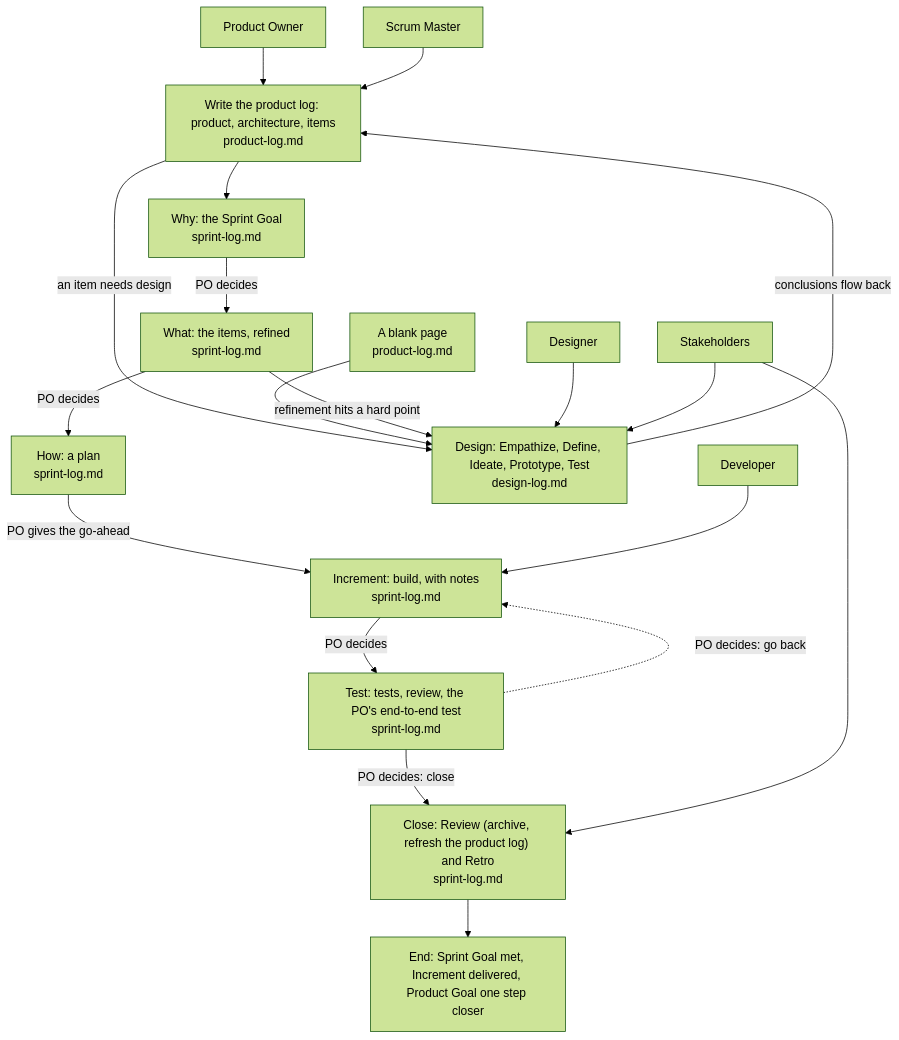
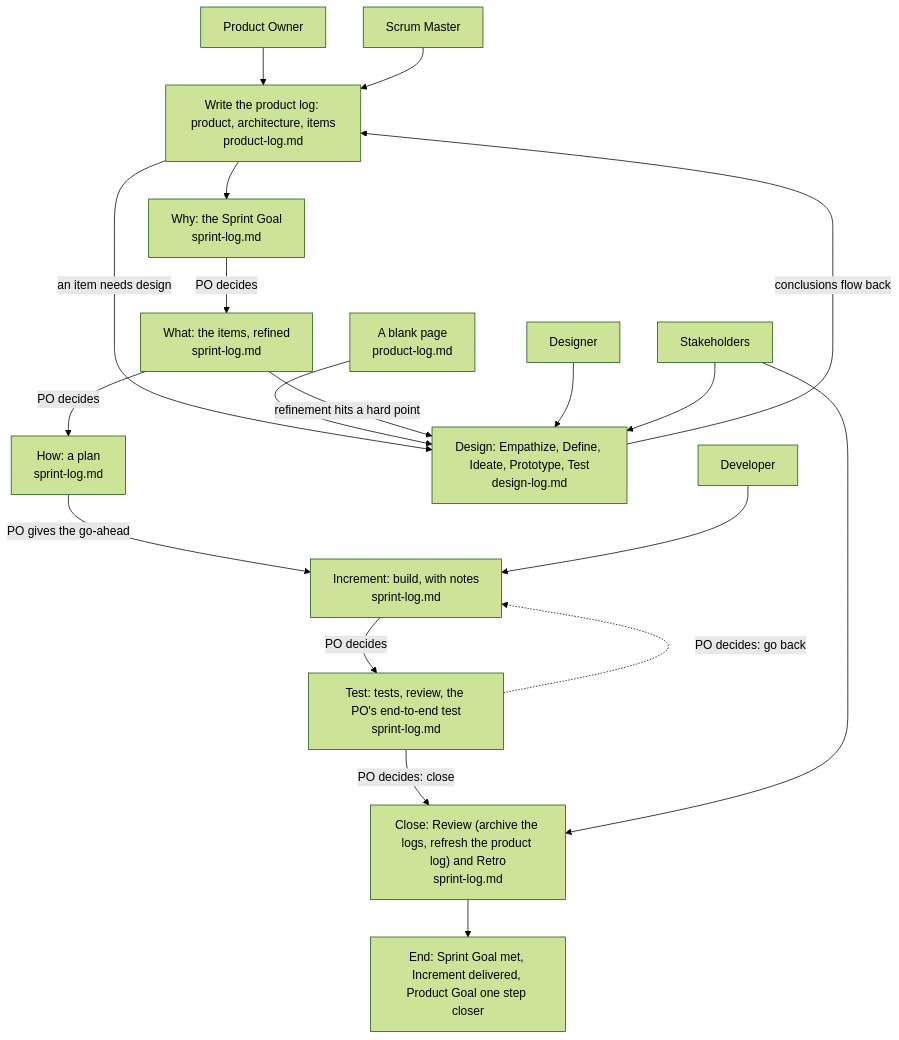
Before and after one commit to seapawn1/IDEO-Scrum: the diagram in plugins/ideo-scrum/skills/scrum-kernel/overview.md, drawn with Mermaid (forest theme). The commit also changed other lines of this file and 4 other files, not shown here.

First line of the commit message:
fix(PBI-49): 照 PO 的两点改设计这块——设计不做 Review 和 Retro（19 删，18 改成 When the design ends，设计日志由它服务的冲刺在 Review 时归档、教训进那个冲刺的 Retro），贯穿全程加 IDEO in every stage

````diff
--- a/plugins/ideo-scrum/skills/scrum-kernel/overview.md
+++ b/plugins/ideo-scrum/skills/scrum-kernel/overview.md
@@ -14,26 +14,26 @@
 ```mermaid
 flowchart TD
     PO["Product Owner"]
     SM["Scrum Master"]
     DEV["Developer"]
     DES["Designer"]
     SH["Stakeholders"]
     PO --> A["Write the product log: product, architecture, items<br/>product-log.md"]
     SM --> A
     A -- "an item needs design" --> X["Design: Empathize, Define, Ideate, Prototype, Test<br/>design-log.md"]
     BP["A blank page<br/>product-log.md"] --> X
     A --> S1["Why: the Sprint Goal<br/>sprint-log.md"]
     S1 -- "PO decides" --> S2["What: the items, refined<br/>sprint-log.md"]
     S2 -- "refinement hits a hard point" --> X
     S2 -- "PO decides" --> S3["How: a plan<br/>sprint-log.md"]
     S3 -- "PO gives the go-ahead" --> S4["Increment: build, with notes<br/>sprint-log.md"]
     DEV --> S4
     S4 -- "PO decides" --> S5["Test: tests, review, the PO's end-to-end test<br/>sprint-log.md"]
     S5 -. "PO decides: go back" .-> S4
-    S5 -- "PO decides: close" --> V["Close: Review (archive, refresh the product log) and Retro<br/>sprint-log.md"]
+    S5 -- "PO decides: close" --> V["Close: Review (archive the logs, refresh the product log) and Retro<br/>sprint-log.md"]
     DES --> X
     SH --> X
     SH --> V
     X -- "conclusions flow back" --> A
     V --> E["End: Sprint Goal met, Increment delivered, Product Goal one step closer"]
 ```
````
